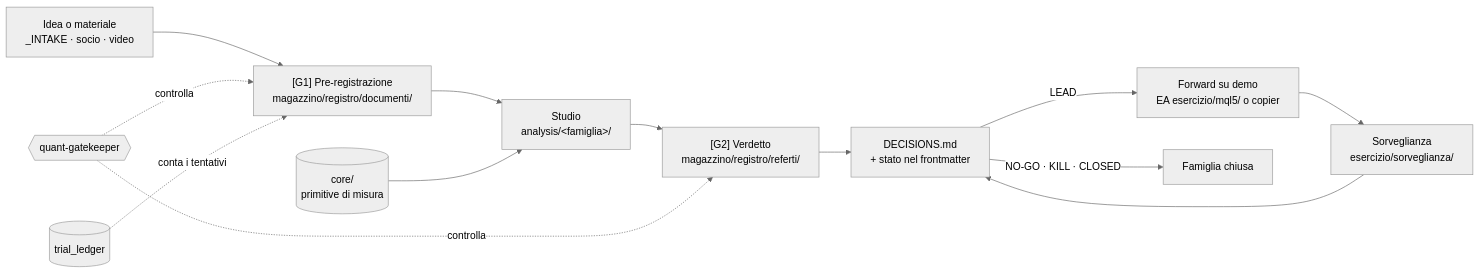
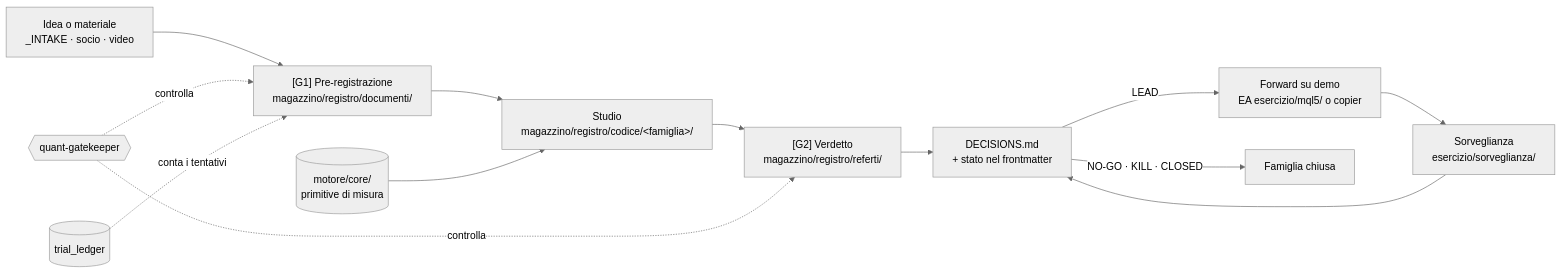
One commit to matteoteo2507-stack/trad changed the first of 2 diagrams in decisioni/mappa/00-panoramica-trad.md. Above: the diagram before and after it, drawn with Mermaid (neutral theme). The commit also changed other lines of this file and 610 other files, not shown here.

First line of the commit message:
Riordino motore, passo 2: macro motore/ e codice nel magazzino; migrazione in cinque macro finita

````diff
--- a/decisioni/mappa/00-panoramica-trad.md
+++ b/decisioni/mappa/00-panoramica-trad.md
@@ -35,15 +35,15 @@
 ```mermaid
 flowchart LR
   I[Idea o materiale<br/>_INTAKE · socio · video] --> P["[G1] Pre-registrazione<br/>magazzino/registro/documenti/"]
-  P --> S[Studio<br/>analysis/&lt;famiglia&gt;/]
-  C[(core/<br/>primitive di misura)] --> S
+  P --> S[Studio<br/>magazzino/registro/codice/&lt;famiglia&gt;/]
+  C[(motore/core/<br/>primitive di misura)] --> S
   S --> V["[G2] Verdetto<br/>magazzino/registro/referti/"]
   QG{{quant-gatekeeper}} -. controlla .-> P
   QG -. controlla .-> V
   V --> D[DECISIONS.md<br/>+ stato nel frontmatter]
   D -->|LEAD| F[Forward su demo<br/>EA esercizio/mql5/ o copier]
   D -->|NO-GO · KILL · CLOSED| X[Famiglia chiusa]
   F --> H[Sorveglianza<br/>esercizio/sorveglianza/]
   H --> D
   T[(trial_ledger)] -. conta i tentativi .-> P
 ```
````
